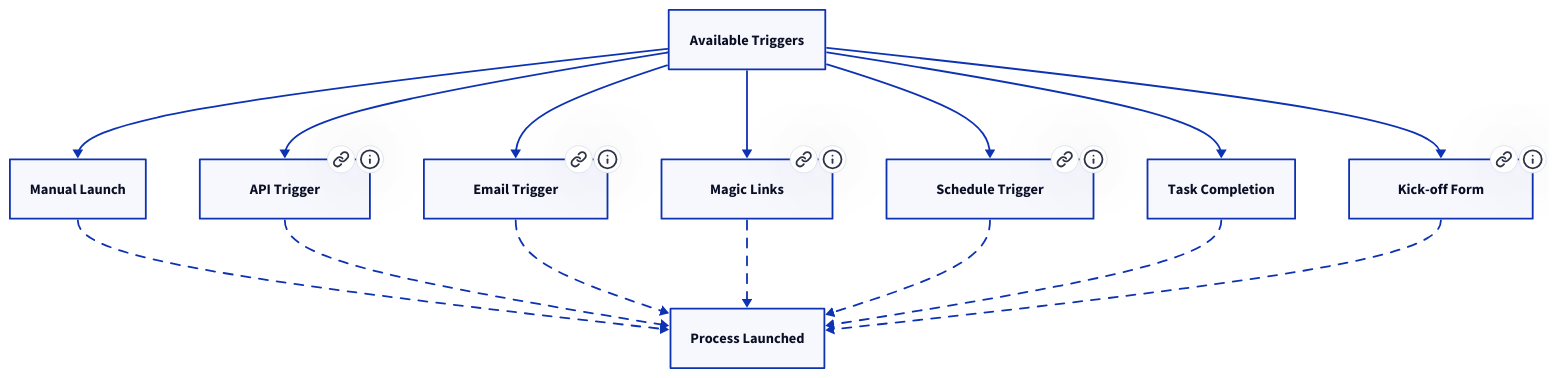
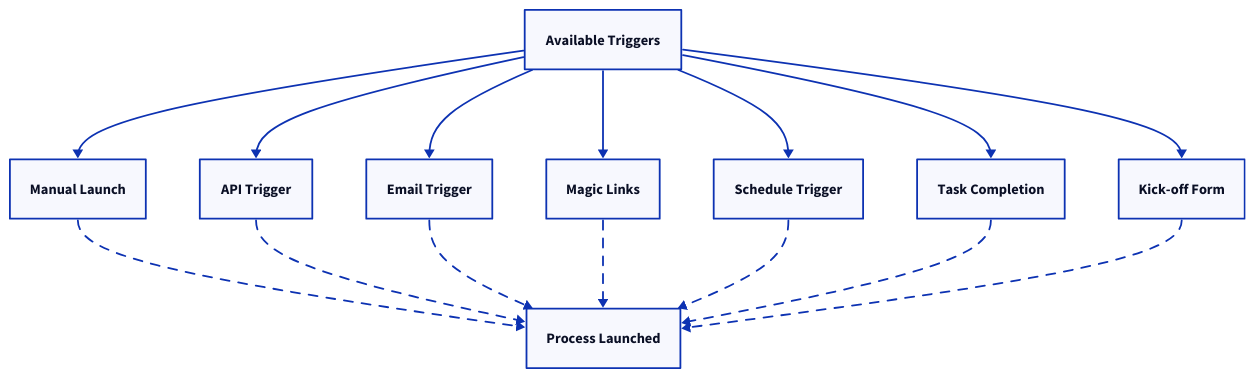
One commit to tallyfy/documentation changed the diagram in src/content/docs/pro/launching/triggers/index.mdx. Above: the diagram before and after it, drawn with D2. The commit also changed 35 other files, not shown here.

First line of the commit message:
Remove .link and .tooltip properties from D2 diagrams

````diff
--- a/src/content/docs/pro/launching/triggers/index.mdx
+++ b/src/content/docs/pro/launching/triggers/index.mdx
@@ -45,35 +45,25 @@
 ```d2
 Start: "Available Triggers"
 Manual: "Manual Launch"
 API: "API Trigger"
 Email: "Email Trigger"
 Magic: "Magic Links"
 Schedule: "Schedule Trigger"
 Task: "Task Completion"
 Form: "Kick-off Form"
 Process: "Process Launched"
 Start -> Manual
 Start -> API
 Start -> Email
 Start -> Magic
 Start -> Schedule
 Start -> Task
 Start -> Form
 Manual -> Process {style.stroke-dash: 5}
 API -> Process {style.stroke-dash: 5}
 Email -> Process {style.stroke-dash: 5}
 Magic -> Process {style.stroke-dash: 5}
 Schedule -> Process {style.stroke-dash: 5}
 Task -> Process {style.stroke-dash: 5}
 Form -> Process {style.stroke-dash: 5}
-API.link: "/products/pro/launching/triggers/via-api/"
-API.tooltip: "API trigger details"
-Email.link: "/products/pro/launching/triggers/via-email/"
-Email.tooltip: "Email trigger setup"
-Magic.link: "/products/pro/launching/triggers/magic-links/"
-Magic.tooltip: "Magic link configuration"
-Schedule.link: "/products/pro/launching/triggers/via-middleware/"
-Schedule.tooltip: "Middleware scheduling"
-Form.link: "#kick-off-form"
-Form.tooltip: "Jump to form section"
 ```
````
